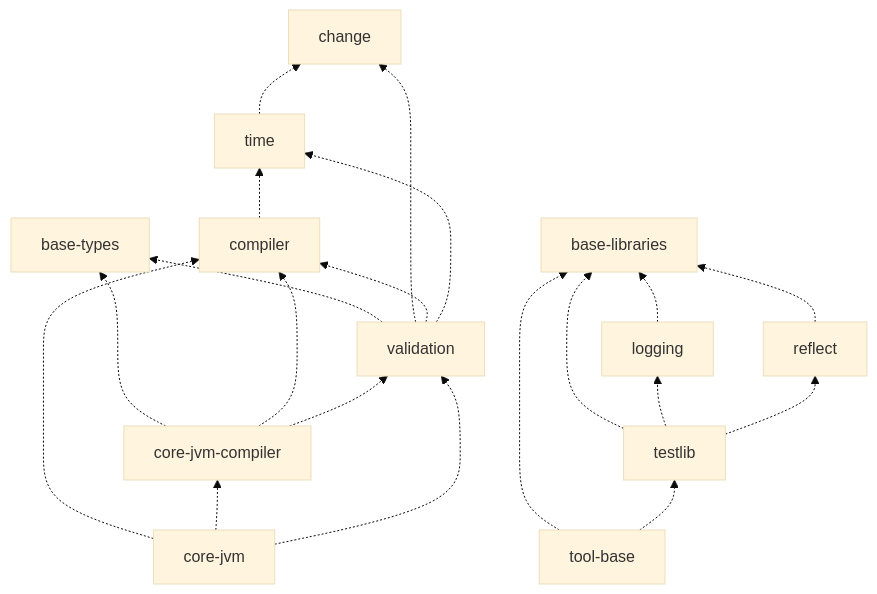
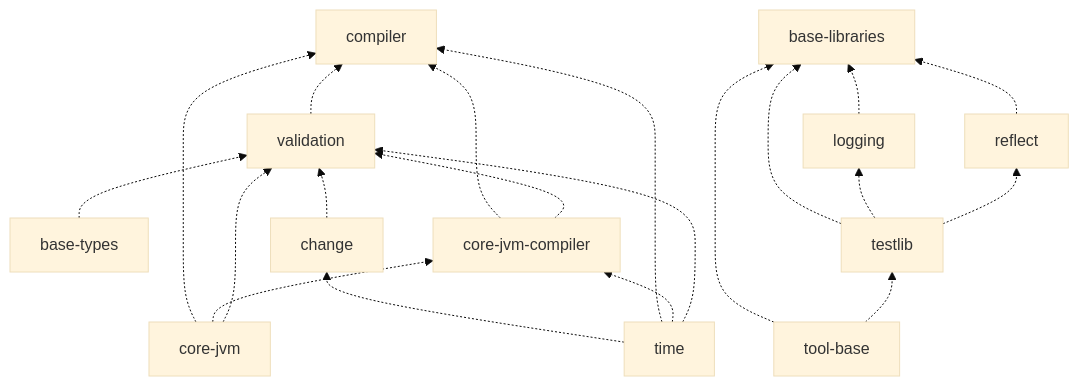
The third of 3 diagrams in docs/dependency-graph.md (SpineEventEngine/summit), drawn with Mermaid (base theme) before and after one commit. The commit also changed other lines of this file and 1 other file, not shown here.

````diff
--- a/docs/dependency-graph.md
+++ b/docs/dependency-graph.md
@@ -117,22 +126,22 @@
 ```mermaid
 flowchart BT
-    compiler -.-> time
+    base-types -.-> validation
+    change -.-> validation
     core-jvm -.-> compiler
     core-jvm -.-> core-jvm-compiler
     core-jvm -.-> validation
-    core-jvm-compiler -.-> base-types
     core-jvm-compiler -.-> compiler
     core-jvm-compiler -.-> validation
     logging -.-> base-libraries
     reflect -.-> base-libraries
     testlib -.-> base-libraries
     testlib -.-> logging
     testlib -.-> reflect
     time -.-> change
+    time -.-> compiler
+    time -.-> core-jvm-compiler
+    time -.-> validation
     tool-base -.-> base-libraries
     tool-base -.-> testlib
-    validation -.-> base-types
-    validation -.-> change
     validation -.-> compiler
-    validation -.-> time
 ```
````
